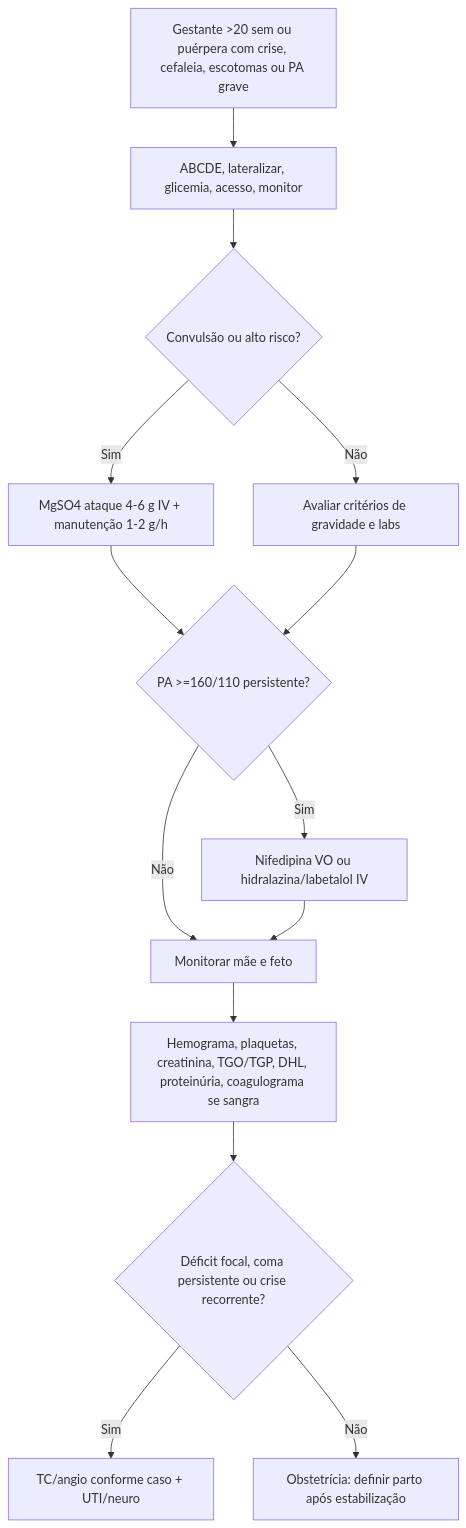
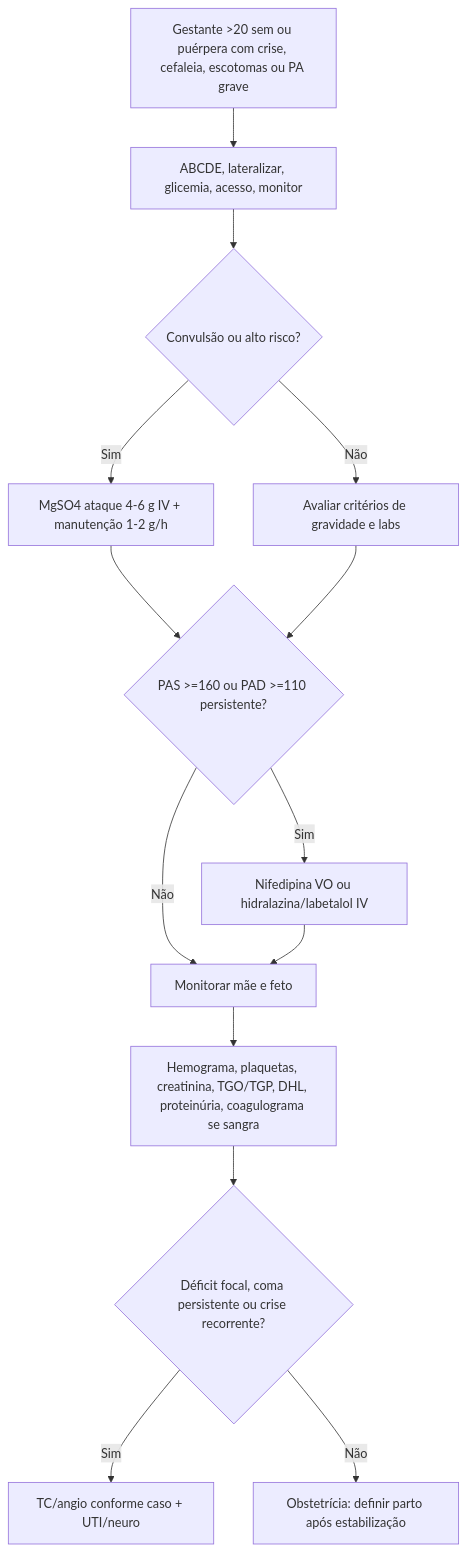
One commit to ThiagoPersona/emergencia26 changed the first of 2 diagrams in Intensivao/temas/009_emergencias-obstetricas-ginecologicas.md. Above: the diagram before and after it, drawn with Mermaid. The commit also changed other lines of this file and 5 other files, not shown here.

````diff
--- a/Intensivao/temas/009_emergencias-obstetricas-ginecologicas.md
+++ b/Intensivao/temas/009_emergencias-obstetricas-ginecologicas.md
@@ -161,16 +166,16 @@
 ```mermaid
 flowchart TD
     A[Gestante >20 sem ou puérpera com crise, cefaleia, escotomas ou PA grave] --> B[ABCDE, lateralizar, glicemia, acesso, monitor]
     B --> C{Convulsão ou alto risco?}
     C -->|Sim| D[MgSO4 ataque 4-6 g IV + manutenção 1-2 g/h]
     C -->|Não| E[Avaliar critérios de gravidade e labs]
-    D --> F{PA >=160/110 persistente?}
+    D --> F{PAS >=160 ou PAD >=110 persistente?}
     E --> F
     F -->|Sim| G[Nifedipina VO ou hidralazina/labetalol IV]
     F -->|Não| H[Monitorar mãe e feto]
     G --> H
     H --> I[Hemograma, plaquetas, creatinina, TGO/TGP, DHL, proteinúria, coagulograma se sangra]
     I --> J{Déficit focal, coma persistente ou crise recorrente?}
     J -->|Sim| K[TC/angio conforme caso + UTI/neuro]
     J -->|Não| L[Obstetrícia: definir parto após estabilização]
 ```
````
